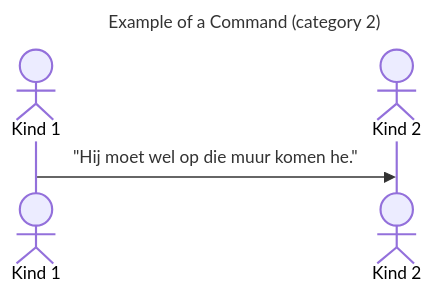
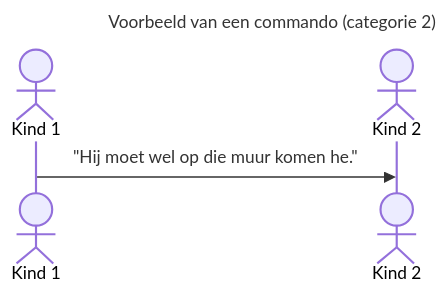
The second of 10 diagrams in Annotation-rules-refactor.md (Dionysi/AnnotationTool-Release), drawn with Mermaid before and after one commit. The commit also changed other lines of this file, not shown here.

````diff
--- a/Annotation-rules-refactor.md
+++ b/Annotation-rules-refactor.md
@@ -50,7 +50,7 @@
     ```mermaid
     sequenceDiagram
-        title Example of a Command (category 2) 
+        title Voorbeeld van een commando (categorie 2)
         actor Kind 1
         actor Kind 2
         Kind 1->>Kind 2: "Hij moet wel op die muur komen he."
     ```
````
